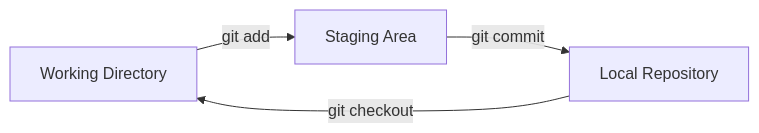
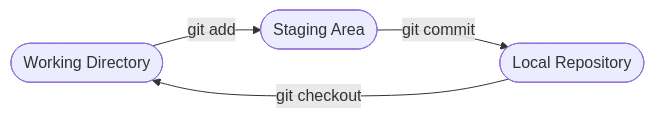
Before and after one commit to ricardotecpro/ads_extra_guia_de_ferramentas: the diagram in docs/aulas/aula-04.md, drawn with Mermaid. The commit also changed other lines of this file and 69 other files, not shown here.

````diff
--- a/docs/aulas/aula-04.md
+++ b/docs/aulas/aula-04.md
@@ -41,6 +46,6 @@
 ```mermaid
 graph LR
-    WD[Working Directory] -- git add --> SA[Staging Area]
-    SA -- git commit --> LR[Local Repository]
+    WD([Working Directory]) -- git add --> SA([Staging Area])
+    SA -- git commit --> LR([Local Repository])
     LR -- git checkout --> WD
 ```
````
